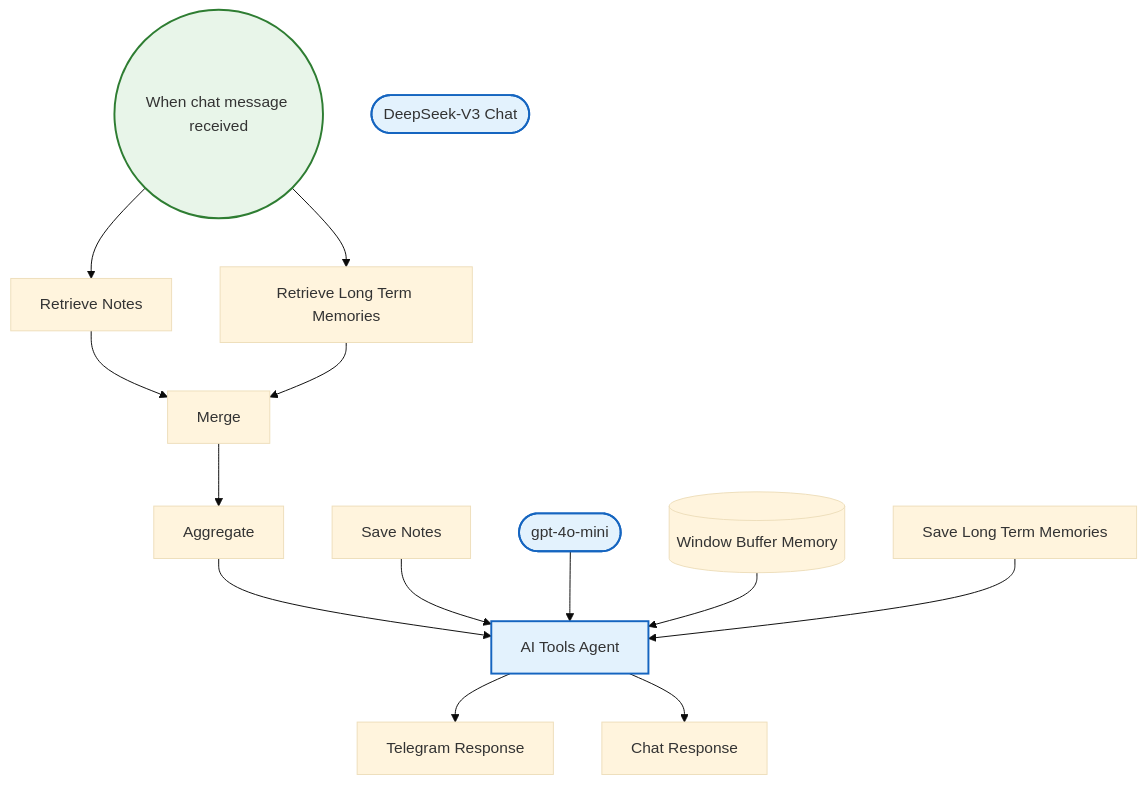
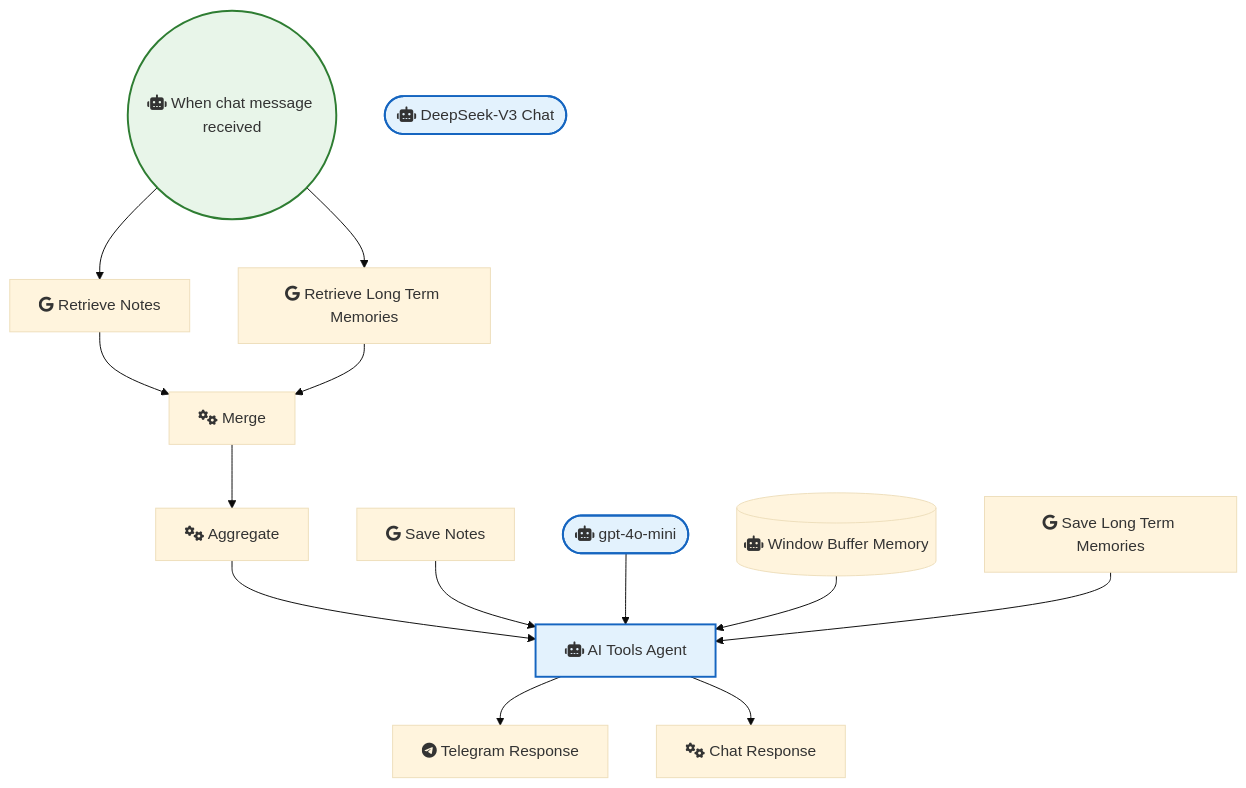
The diagram in Telegram/Ai Agent Chatbot Long Term Memory Note Storage Telegram.md (sreyash3105/N8N-DEMO-AUTOMATIONS), drawn with Mermaid (base theme) before and after one commit. The commit also changed 291 other files, not shown here.

````diff
--- a/Telegram/Ai Agent Chatbot Long Term Memory Note Storage Telegram.md
+++ b/Telegram/Ai Agent Chatbot Long Term Memory Note Storage Telegram.md
@@ -1,33 +1,33 @@
 ```mermaid
 graph TD
     classDef trigger fill:#e8f5e9,stroke:#2e7d32,stroke-width:2px;
     classDef ai fill:#e3f2fd,stroke:#1565c0,stroke-width:2px;
     classDef logic fill:#fff3e0,stroke:#ef6c00,stroke-width:2px;
 
-    When_chat_message_received(("When chat message received")):::trigger
-    gpt_4o_mini(["gpt-4o-mini"]):::ai
-    Chat_Response["Chat Response"]
-    Window_Buffer_Memory[("Window Buffer Memory")]
-    Save_Long_Term_Memories["Save Long Term Memories"]
-    Retrieve_Long_Term_Memories["Retrieve Long Term Memories"]
-    Telegram_Response["Telegram Response"]
-    DeepSeek_V3_Chat(["DeepSeek-V3 Chat"]):::ai
-    AI_Tools_Agent["AI Tools Agent"]:::ai
-    Save_Notes["Save Notes"]
-    Retrieve_Notes["Retrieve Notes"]
-    Aggregate["Aggregate"]
-    Merge["Merge"]
+    When_chat_message_received(("fas:fa-robot When chat message received")):::trigger
+    gpt_4o_mini(["fas:fa-robot gpt-4o-mini"]):::ai
+    Chat_Response["fas:fa-cogs Chat Response"]
+    Window_Buffer_Memory[("fas:fa-robot Window Buffer Memory")]
+    Save_Long_Term_Memories["fab:fa-google Save Long Term Memories"]
+    Retrieve_Long_Term_Memories["fab:fa-google Retrieve Long Term Memories"]
+    Telegram_Response["fab:fa-telegram Telegram Response"]
+    DeepSeek_V3_Chat(["fas:fa-robot DeepSeek-V3 Chat"]):::ai
+    AI_Tools_Agent["fas:fa-robot AI Tools Agent"]:::ai
+    Save_Notes["fab:fa-google Save Notes"]
+    Retrieve_Notes["fab:fa-google Retrieve Notes"]
+    Aggregate["fas:fa-cogs Aggregate"]
+    Merge["fas:fa-cogs Merge"]
 
     Merge --> Aggregate
     Aggregate --> AI_Tools_Agent
     Save_Notes --> AI_Tools_Agent
     gpt_4o_mini --> AI_Tools_Agent
     AI_Tools_Agent --> Telegram_Response
     AI_Tools_Agent --> Chat_Response
     Retrieve_Notes --> Merge
     Window_Buffer_Memory --> AI_Tools_Agent
     Save_Long_Term_Memories --> AI_Tools_Agent
     When_chat_message_received --> Retrieve_Long_Term_Memories
     When_chat_message_received --> Retrieve_Notes
     Retrieve_Long_Term_Memories --> Merge
 ```
````
